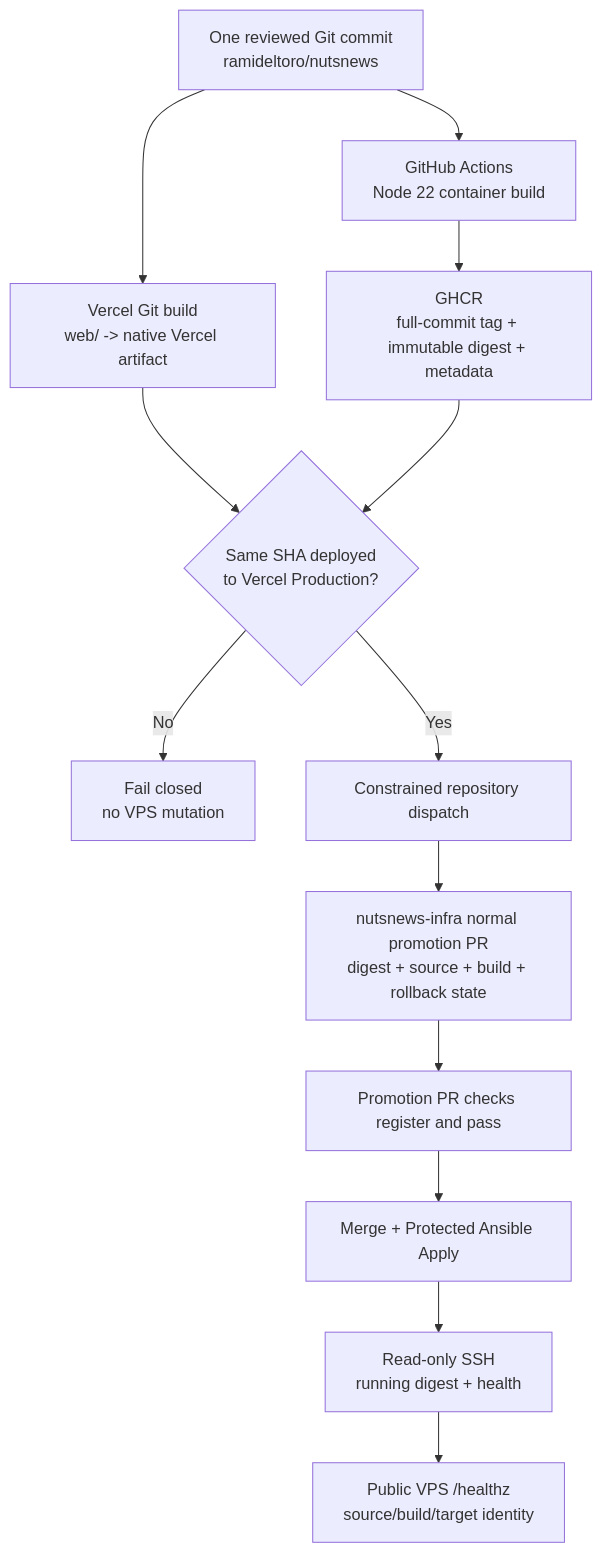
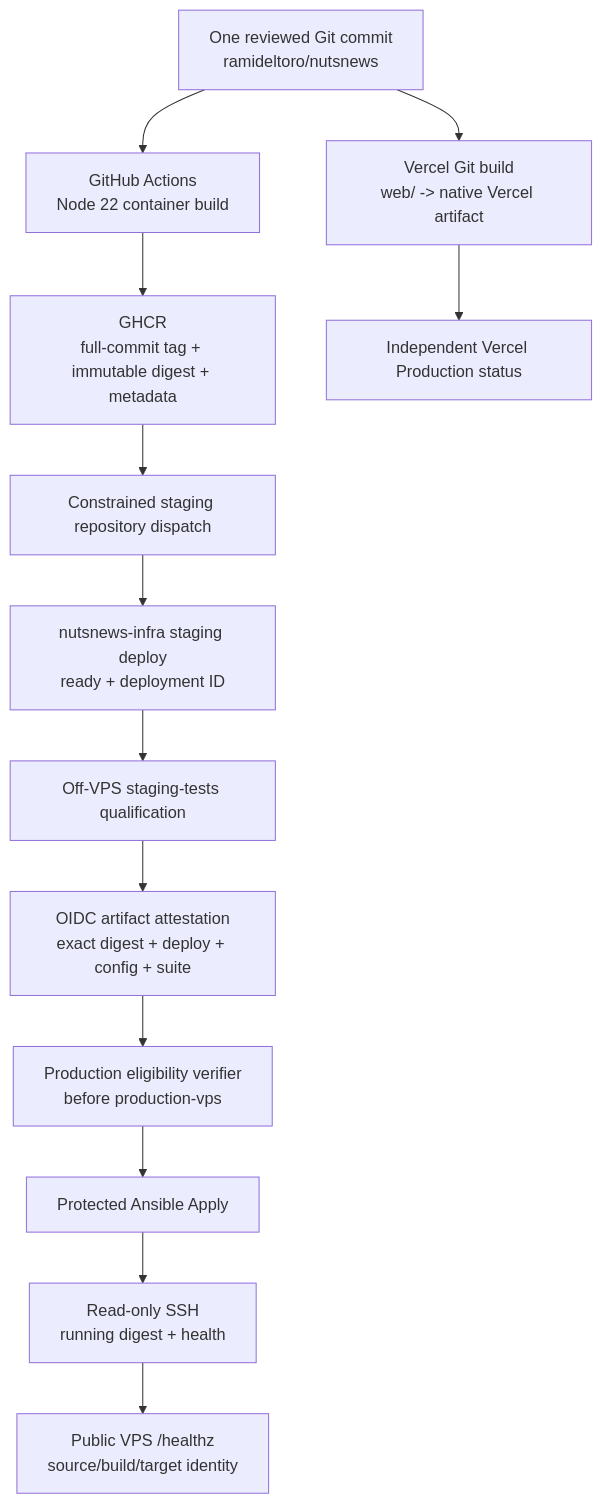
One commit to ramideltoro/nutsnews-docs changed the first of 5 diagrams in NUTSNEWS_DUAL_TARGET_WEB_DEPLOYMENT.md. Above: the diagram before and after it, drawn with Mermaid. The commit also changed other lines of this file and 2 other files, not shown here.

Commit message:
Document staging-first app handoff

````diff
--- a/NUTSNEWS_DUAL_TARGET_WEB_DEPLOYMENT.md
+++ b/NUTSNEWS_DUAL_TARGET_WEB_DEPLOYMENT.md
@@ -98,16 +102,16 @@
 ```mermaid
 flowchart TD
   commit["One reviewed Git commit\nramideltoro/nutsnews"]
   commit --> vercel["Vercel Git build\nweb/ -> native Vercel artifact"]
   commit --> actions["GitHub Actions\nNode 22 container build"]
   actions --> ghcr["GHCR\nfull-commit tag + immutable digest + metadata"]
-  vercel --> gate{"Same SHA deployed\nto Vercel Production?"}
-  ghcr --> gate
-  gate -- No --> stop["Fail closed\nno VPS mutation"]
-  gate -- Yes --> dispatch["Constrained repository dispatch"]
-  dispatch --> promotion["nutsnews-infra normal promotion PR\ndigest + source + build + rollback state"]
-  promotion --> checks["Promotion PR checks register and pass"]
-  checks --> apply["Merge + Protected Ansible Apply"]
+  ghcr --> dispatch["Constrained staging repository dispatch"]
+  dispatch --> staging["nutsnews-infra staging deploy\nready + deployment ID"]
+  staging --> qualifier["Off-VPS staging-tests qualification"]
+  qualifier --> attestation["OIDC artifact attestation\nexact digest + deploy + config + suite"]
+  attestation --> gate["Production eligibility verifier\nbefore production-vps"]
+  gate --> apply["Protected Ansible Apply"]
   apply --> ssh["Read-only SSH\nrunning digest + health"]
   ssh --> vps["Public VPS /healthz\nsource/build/target identity"]
+  vercel --> status["Independent Vercel Production status"]
 ```
````
